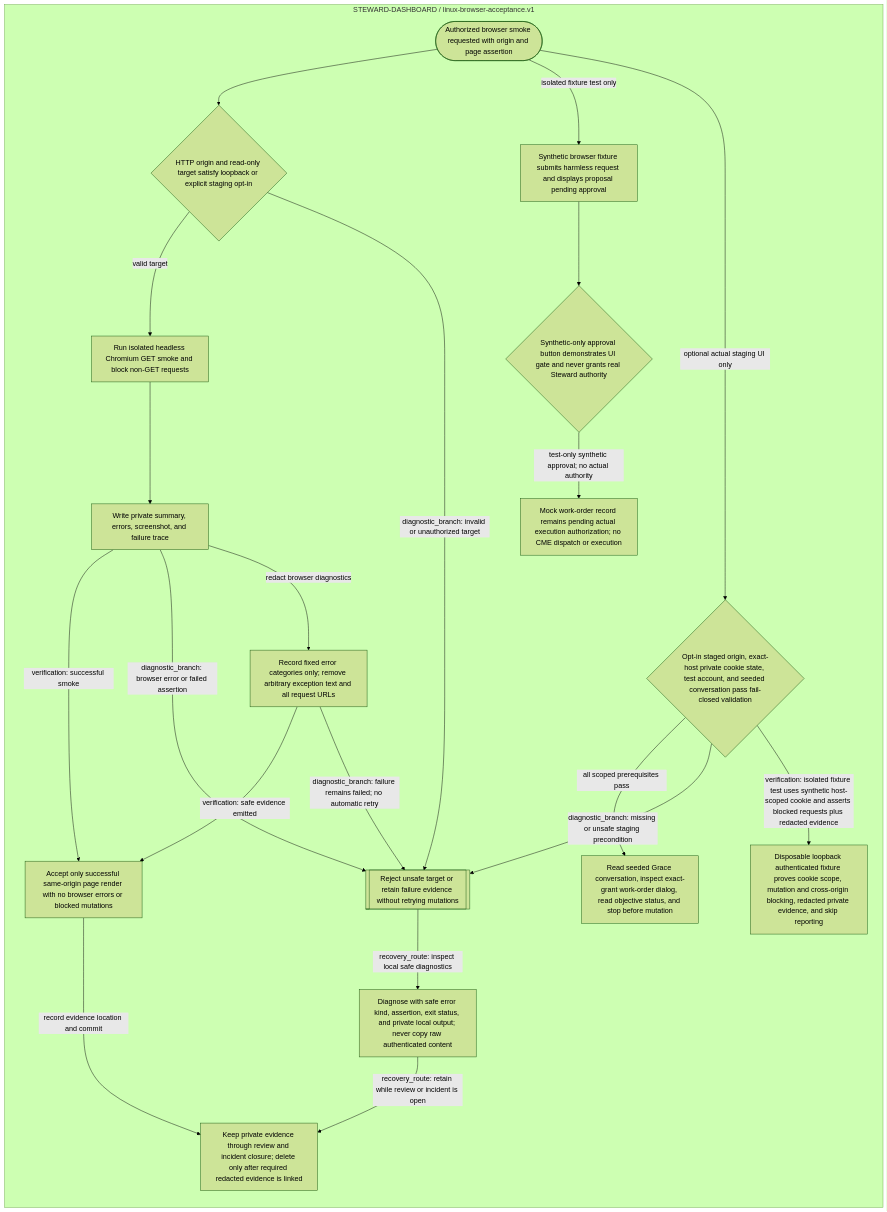
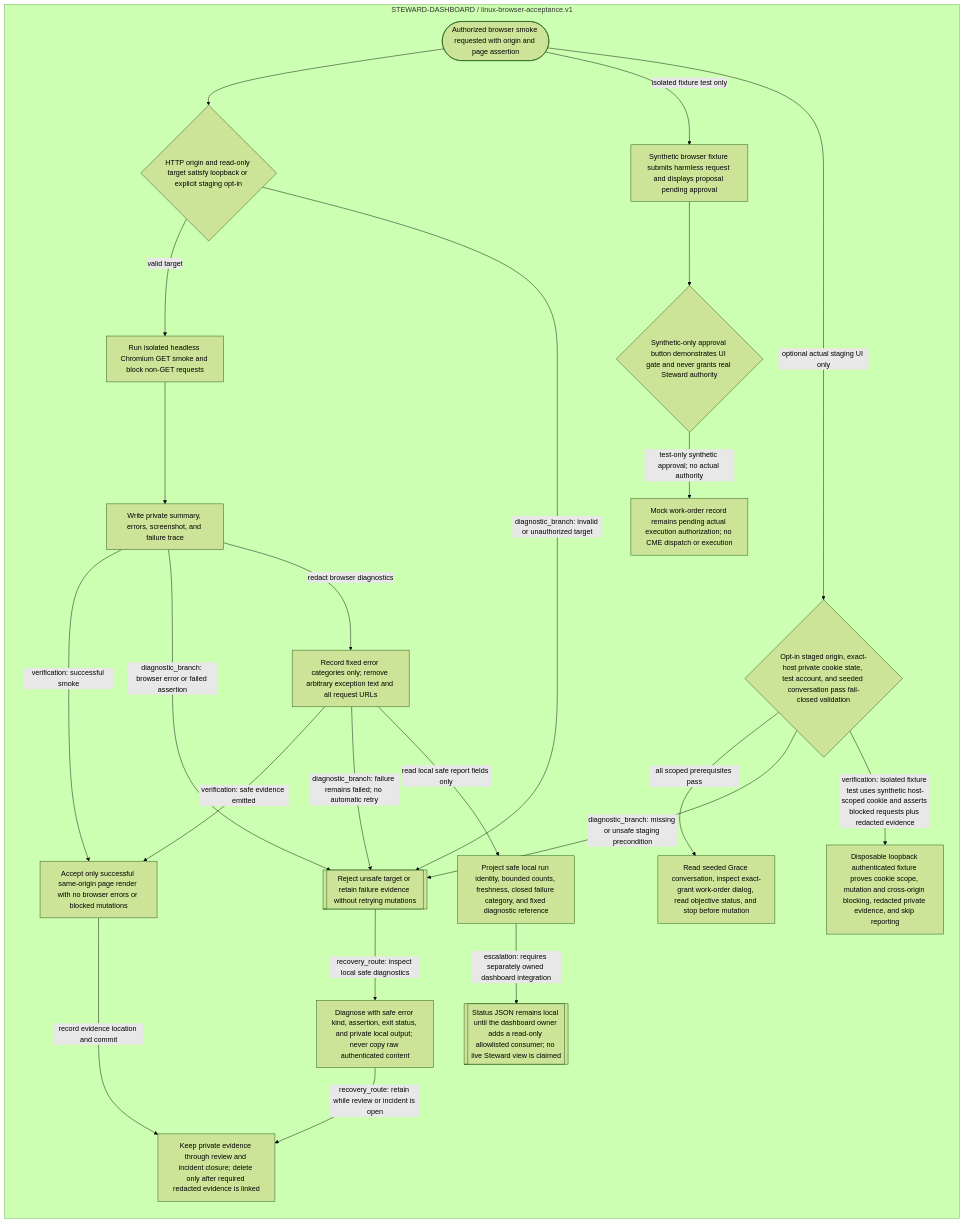
Before and after one commit to ppow1/Riverview-: the diagram in docs/operations/LINUX_BROWSER_ACCEPTANCE_FLOW.md, drawn with Mermaid (forest theme). The commit also changed other lines of this file and 21 other files, not shown here.

Commit message:
Add safe browser run status projection

````diff
--- a/docs/operations/LINUX_BROWSER_ACCEPTANCE_FLOW.md
+++ b/docs/operations/LINUX_BROWSER_ACCEPTANCE_FLOW.md
@@ -20,40 +20,44 @@
 ```mermaid
 flowchart LR
   subgraph g_rv_steward_dashboard_linux_browser_acceptance["STEWARD-DASHBOARD / linux-browser-acceptance.v1"]
     g_rv_steward_dashboard_linux_browser_acceptance_request_e7d2fbf9(["Authorized browser smoke requested with origin and page assertion"])
     g_rv_steward_dashboard_linux_browser_acceptance_target_allowed_1d2f1b8a{"HTTP origin and read-only target satisfy loopback or explicit staging opt-in"}
     g_rv_steward_dashboard_linux_browser_acceptance_run_chromium_e45c2c83["Run isolated headless Chromium GET smoke and block non-GET requests"]
     g_rv_steward_dashboard_linux_browser_acceptance_collect_evidence_c0a99e80["Write private summary, errors, screenshot, and failure trace"]
     g_rv_steward_dashboard_linux_browser_acceptance_accept_864f151f["Accept only successful same-origin page render with no browser errors or blocked mutations"]
     g_rv_steward_dashboard_linux_browser_acceptance_fail_closed_896e3fb4[["Reject unsafe target or retain failure evidence without retrying mutations"]]
     g_rv_steward_dashboard_linux_browser_acceptance_synthetic_proposal_1cf54310["Synthetic browser fixture submits harmless request and displays proposal pending approval"]
     g_rv_steward_dashboard_linux_browser_acceptance_synthetic_approval_boundary_66dbefb1{"Synthetic-only approval button demonstrates UI gate and never grants real Steward authority"}
     g_rv_steward_dashboard_linux_browser_acceptance_synthetic_work_order_status_fc15fdcf["Mock work-order record remains pending actual execution authorization; no CME dispatch or execution"]
     g_rv_steward_dashboard_linux_browser_acceptance_staging_scope_check_1562a294{"Opt-in staged origin, exact-host private cookie state, test account, and seeded conversation pass fail-closed validation"}
     g_rv_steward_dashboard_linux_browser_acceptance_staging_boundary_inspection_8dc06e77["Read seeded Grace conversation, inspect exact-grant work-order dialog, read objective status, and stop before mutation"]
     g_rv_steward_dashboard_linux_browser_acceptance_staging_fixture_proof_b82ade25["Disposable loopback authenticated fixture proves cookie scope, mutation and cross-origin blocking, redacted private evidence, and skip reporting"]
     g_rv_steward_dashboard_linux_browser_acceptance_safe_error_report_dcceffa4["Record fixed error categories only; remove arbitrary exception text and all request URLs"]
     g_rv_steward_dashboard_linux_browser_acceptance_diagnose_private_run_97956923["Diagnose with safe error kind, assertion, exit status, and private local output; never copy raw authenticated content"]
     g_rv_steward_dashboard_linux_browser_acceptance_retain_reviewed_evidence_58f848ea["Keep private evidence through review and incident closure; delete only after required redacted evidence is linked"]
+    g_rv_steward_dashboard_linux_browser_acceptance_project_run_status_0bf53979["Project safe local run identity, bounded counts, freshness, closed failure category, and fixed diagnostic reference"]
+    g_rv_steward_dashboard_linux_browser_acceptance_dashboard_consumer_handoff_81025df3[["Status JSON remains local until the dashboard owner adds a read-only allowlisted consumer; no live Steward view is claimed"]]
   end
   g_rv_steward_dashboard_linux_browser_acceptance_request_e7d2fbf9 --> g_rv_steward_dashboard_linux_browser_acceptance_target_allowed_1d2f1b8a
   g_rv_steward_dashboard_linux_browser_acceptance_target_allowed_1d2f1b8a -->|valid target| g_rv_steward_dashboard_linux_browser_acceptance_run_chromium_e45c2c83
   g_rv_steward_dashboard_linux_browser_acceptance_target_allowed_1d2f1b8a -->|diagnostic_branch: invalid or unauthorized target| g_rv_steward_dashboard_linux_browser_acceptance_fail_closed_896e3fb4
   g_rv_steward_dashboard_linux_browser_acceptance_run_chromium_e45c2c83 --> g_rv_steward_dashboard_linux_browser_acceptance_collect_evidence_c0a99e80
   g_rv_steward_dashboard_linux_browser_acceptance_collect_evidence_c0a99e80 -->|verification: successful smoke| g_rv_steward_dashboard_linux_browser_acceptance_accept_864f151f
   g_rv_steward_dashboard_linux_browser_acceptance_collect_evidence_c0a99e80 -->|diagnostic_branch: browser error or failed assertion| g_rv_steward_dashboard_linux_browser_acceptance_fail_closed_896e3fb4
   g_rv_steward_dashboard_linux_browser_acceptance_request_e7d2fbf9 -->|isolated fixture test only| g_rv_steward_dashboard_linux_browser_acceptance_synthetic_proposal_1cf54310
   g_rv_steward_dashboard_linux_browser_acceptance_synthetic_proposal_1cf54310 --> g_rv_steward_dashboard_linux_browser_acceptance_synthetic_approval_boundary_66dbefb1
   g_rv_steward_dashboard_linux_browser_acceptance_synthetic_approval_boundary_66dbefb1 -->|test-only synthetic approval; no actual authority| g_rv_steward_dashboard_linux_browser_acceptance_synthetic_work_order_status_fc15fdcf
   g_rv_steward_dashboard_linux_browser_acceptance_request_e7d2fbf9 -->|optional actual staging UI only| g_rv_steward_dashboard_linux_browser_acceptance_staging_scope_check_1562a294
   g_rv_steward_dashboard_linux_browser_acceptance_staging_scope_check_1562a294 -->|all scoped prerequisites pass| g_rv_steward_dashboard_linux_browser_acceptance_staging_boundary_inspection_8dc06e77
   g_rv_steward_dashboard_linux_browser_acceptance_staging_scope_check_1562a294 -->|diagnostic_branch: missing or unsafe staging precondition| g_rv_steward_dashboard_linux_browser_acceptance_fail_closed_896e3fb4
   g_rv_steward_dashboard_linux_browser_acceptance_staging_scope_check_1562a294 -->|verification: isolated fixture test uses synthetic host-scoped cookie and asserts blocked requests plus redacted evidence| g_rv_steward_dashboard_linux_browser_acceptance_staging_fixture_proof_b82ade25
   g_rv_steward_dashboard_linux_browser_acceptance_collect_evidence_c0a99e80 -->|redact browser diagnostics| g_rv_steward_dashboard_linux_browser_acceptance_safe_error_report_dcceffa4
   g_rv_steward_dashboard_linux_browser_acceptance_safe_error_report_dcceffa4 -->|verification: safe evidence emitted| g_rv_steward_dashboard_linux_browser_acceptance_accept_864f151f
   g_rv_steward_dashboard_linux_browser_acceptance_safe_error_report_dcceffa4 -->|diagnostic_branch: failure remains failed; no automatic retry| g_rv_steward_dashboard_linux_browser_acceptance_fail_closed_896e3fb4
   g_rv_steward_dashboard_linux_browser_acceptance_fail_closed_896e3fb4 -->|recovery_route: inspect local safe diagnostics| g_rv_steward_dashboard_linux_browser_acceptance_diagnose_private_run_97956923
   g_rv_steward_dashboard_linux_browser_acceptance_accept_864f151f -->|record evidence location and commit| g_rv_steward_dashboard_linux_browser_acceptance_retain_reviewed_evidence_58f848ea
   g_rv_steward_dashboard_linux_browser_acceptance_diagnose_private_run_97956923 -->|recovery_route: retain while review or incident is open| g_rv_steward_dashboard_linux_browser_acceptance_retain_reviewed_evidence_58f848ea
+  g_rv_steward_dashboard_linux_browser_acceptance_safe_error_report_dcceffa4 -->|read local safe report fields only| g_rv_steward_dashboard_linux_browser_acceptance_project_run_status_0bf53979
+  g_rv_steward_dashboard_linux_browser_acceptance_project_run_status_0bf53979 -->|escalation: requires separately owned dashboard integration| g_rv_steward_dashboard_linux_browser_acceptance_dashboard_consumer_handoff_81025df3
   classDef failure fill:#fee,stroke:#b00,stroke-width:2px
 ```
````
